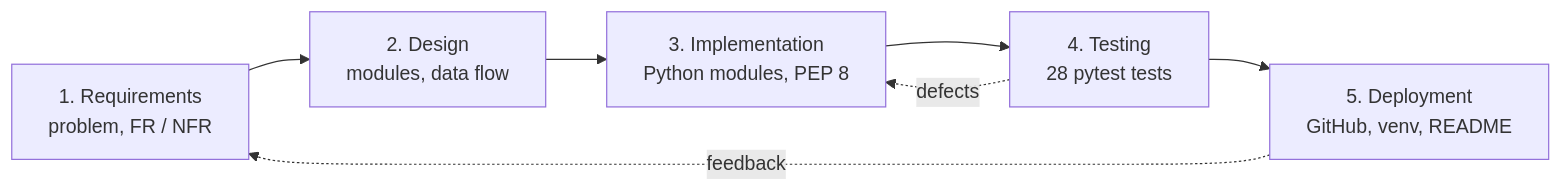
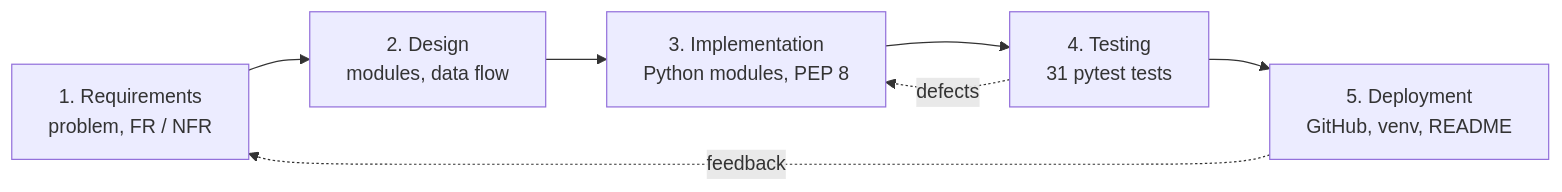
Before and after one commit to tnsheoran-tech/health-data-analyzer: the diagram in docs/images/sdlc.mmd, drawn with Mermaid. The commit also changed 21 other files, not shown here.

```diff
--- a/docs/images/sdlc.mmd
+++ b/docs/images/sdlc.mmd
@@ -1,7 +1,7 @@
 flowchart LR
     R1["1. Requirements<br/>problem, FR / NFR"] --> D1["2. Design<br/>modules, data flow"]
     D1 --> I1["3. Implementation<br/>Python modules, PEP 8"]
-    I1 --> T1["4. Testing<br/>28 pytest tests"]
+    I1 --> T1["4. Testing<br/>31 pytest tests"]
     T1 --> P1["5. Deployment<br/>GitHub, venv, README"]
     T1 -. defects .-> I1
     P1 -. feedback .-> R1
```
